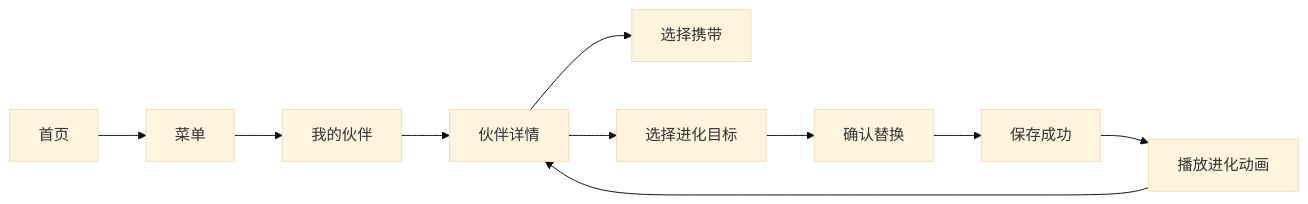
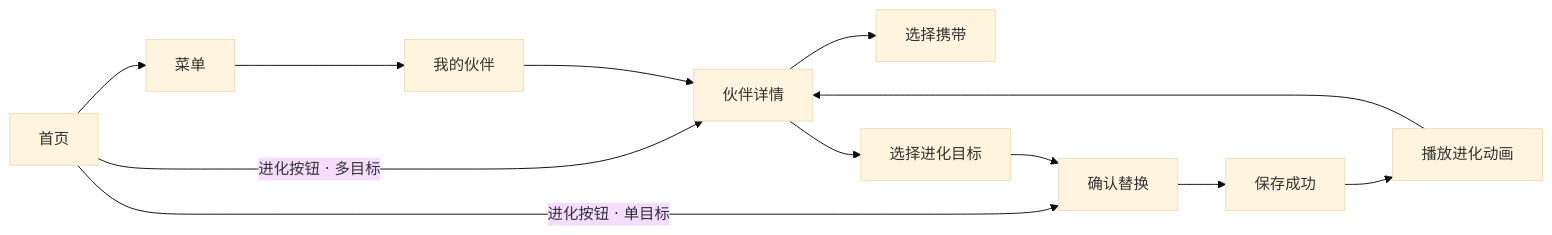
The diagram in docs/design/walking-progression.md (sunny0826/poketrail), drawn with Mermaid (base theme) before and after one commit. The commit also changed other lines of this file and 9 other files, not shown here.

````diff
--- a/docs/design/walking-progression.md
+++ b/docs/design/walking-progression.md
@@ -33,12 +33,14 @@
 ```mermaid
 flowchart LR
   H[首页] --> M[菜单]
+  H -->|进化按钮 · 单目标| F
+  H -->|进化按钮 · 多目标| D
   M --> R[我的伙伴]
   R --> D[伙伴详情]
   D --> C[选择携带]
   D --> E[选择进化目标]
   E --> F[确认替换]
   F --> S[保存成功]
   S --> A[播放进化动画]
   A --> D
 ```
````
